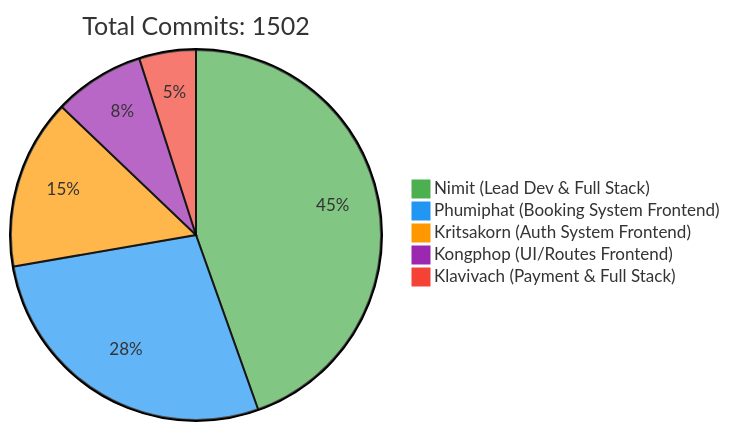
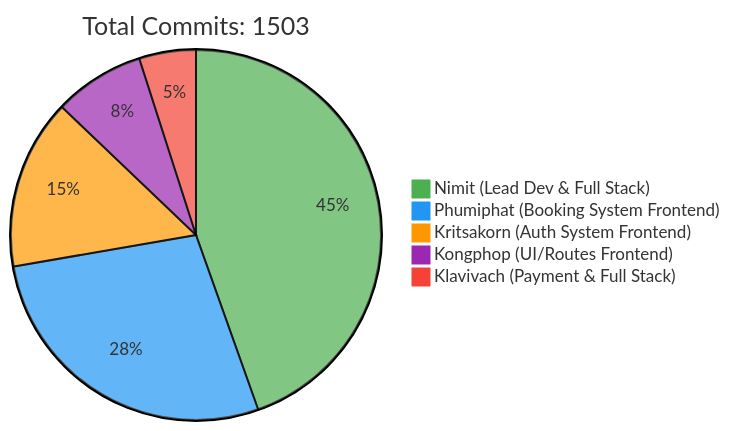
One commit to 6531503042/Sport-Complex changed the first of 2 diagrams in README.md. Above: the diagram before and after it, drawn with Mermaid. The commit also changed other lines of this file, not shown here.

Commit message:
docs: Update contributor statistics [skip ci]

````diff
--- a/README.md
+++ b/README.md
@@ -257,10 +257,10 @@
 ```mermaid
 %%{init: {'theme': 'base', 'themeVariables': { 'pie1': '#4CAF50', 'pie2': '#2196F3', 'pie3': '#FF9800', 'pie4': '#9C27B0', 'pie5': '#F44336'}}}%%
 pie
-    title Total Commits: 1502
+    title Total Commits: 1503
     "Nimit (Lead Dev & Full Stack)" : 450
     "Phumiphat (Booking System Frontend)" : 280
     "Kritsakorn (Auth System Frontend)" : 150
     "Kongphop (UI/Routes Frontend)" : 80
     "Klavivach (Payment & Full Stack)" : 50
 ```
````
